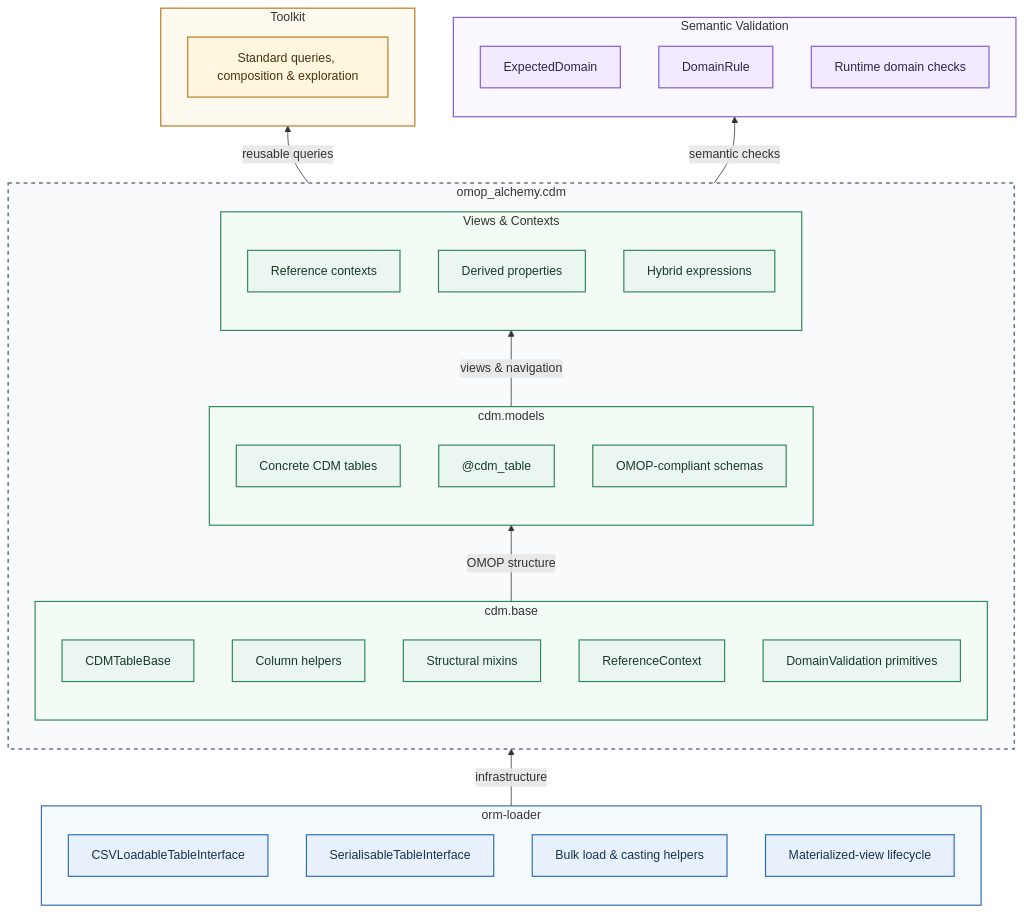
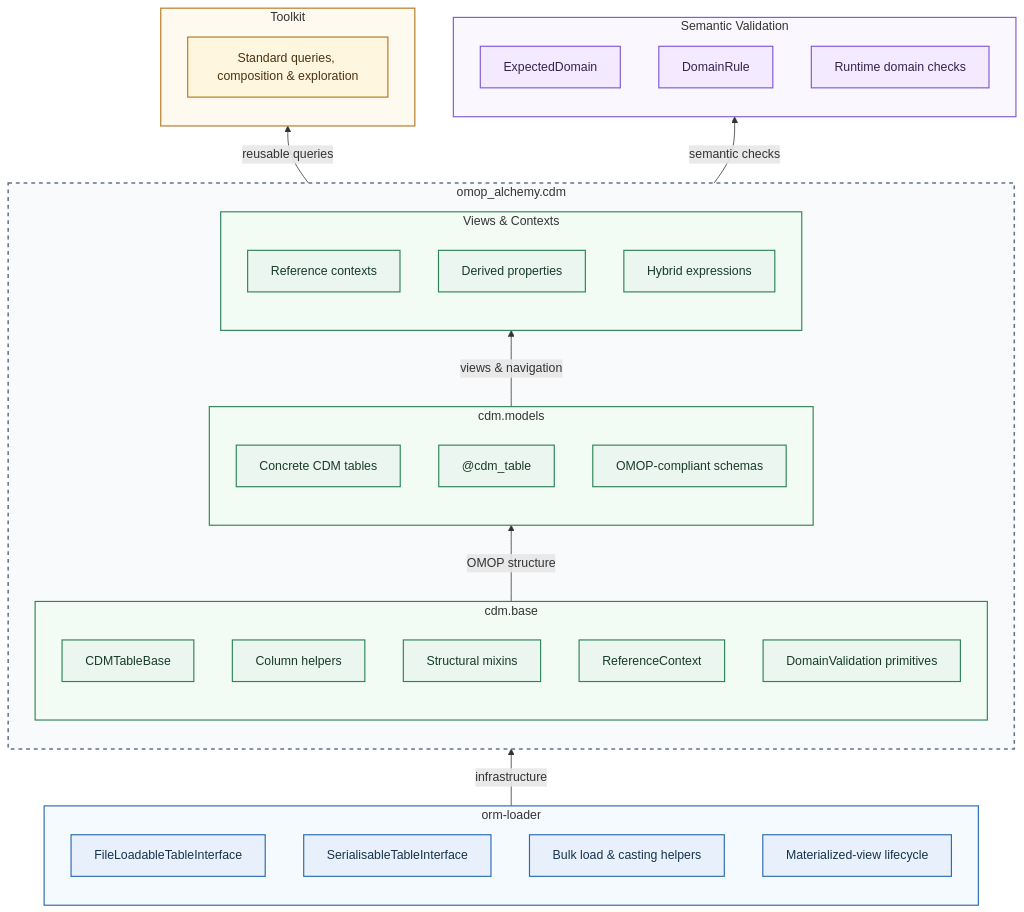
One commit to AustralianCancerDataNetwork/omop-alchemy changed the diagram in docs/api/architecture.md. Above: the diagram before and after it, drawn with Mermaid. The commit also changed other lines of this file and 64 other files, not shown here.

````diff
--- a/docs/api/architecture.md
+++ b/docs/api/architecture.md
@@ -17,67 +17,67 @@
 ```mermaid
 
 flowchart BT
     subgraph L0["orm-loader"]
-        L0a["CSVLoadableTableInterface"]
+        L0a["FileLoadableTableInterface"]
         L0b["SerialisableTableInterface"]
         L0c["Bulk load & casting helpers"]
         L0d["Materialized-view lifecycle"]
     end
 
     subgraph CDM["omop_alchemy.cdm"]
         direction BT
         subgraph L1["cdm.base"]
             L1a["CDMTableBase"]
             L1b["Column helpers"]
             L1c["Structural mixins"]
             L1d["ReferenceContext"]
             L1e["DomainValidation primitives"]
         end
 
         subgraph L2["cdm.models"]
             L2a["Concrete CDM tables"]
             L2b["@cdm_table"]
             L2c["OMOP-compliant schemas"]
         end
 
         subgraph L3["Views & Contexts"]
             L3a["Reference contexts"]
             L3b["Derived properties"]
             L3c["Hybrid expressions"]
         end
     end
 
     subgraph L4["Toolkit"]
         L4a["Standard queries, composition & exploration"]
     end
 
     subgraph L5["Semantic Validation"]
         L5a["ExpectedDomain"]
         L5b["DomainRule"]
         L5c["Runtime domain checks"]
     end
 
     L0 -->|infrastructure| L1
     L1 -->|OMOP structure| L2
     L2 -->|views & navigation| L3
     L3 -->|reusable queries| L4
     L3 -->|semantic checks| L5
 
     classDef infrastructure fill:#e8f1fb,stroke:#2b6cb0,stroke-width:1.5px,color:#17324d
     classDef cdmLayer fill:#eaf6ef,stroke:#2f855a,stroke-width:1.5px,color:#193b29
     classDef toolkitLayer fill:#fff6df,stroke:#b7791f,stroke-width:1.5px,color:#4a3210
     classDef validationLayer fill:#f3eaff,stroke:#805ad5,stroke-width:1.5px,color:#33224d
 
     class L0a,L0b,L0c,L0d infrastructure
     class L1a,L1b,L1c,L1d,L1e,L2a,L2b,L2c,L3a,L3b,L3c cdmLayer
     class L4a toolkitLayer
     class L5a,L5b,L5c validationLayer
 
     style CDM fill:#f8fafc,stroke:#64748b,stroke-width:2px,stroke-dasharray:5 5
     style L0 fill:#f5faff,stroke:#2b6cb0,stroke-width:1.5px
     style L1 fill:#f3fbf5,stroke:#2f855a,stroke-width:1.5px
     style L2 fill:#f3fbf5,stroke:#2f855a,stroke-width:1.5px
     style L3 fill:#f3fbf5,stroke:#2f855a,stroke-width:1.5px
     style L4 fill:#fffaf0,stroke:#b7791f,stroke-width:1.5px
     style L5 fill:#faf7ff,stroke:#805ad5,stroke-width:1.5px
 ```
````
